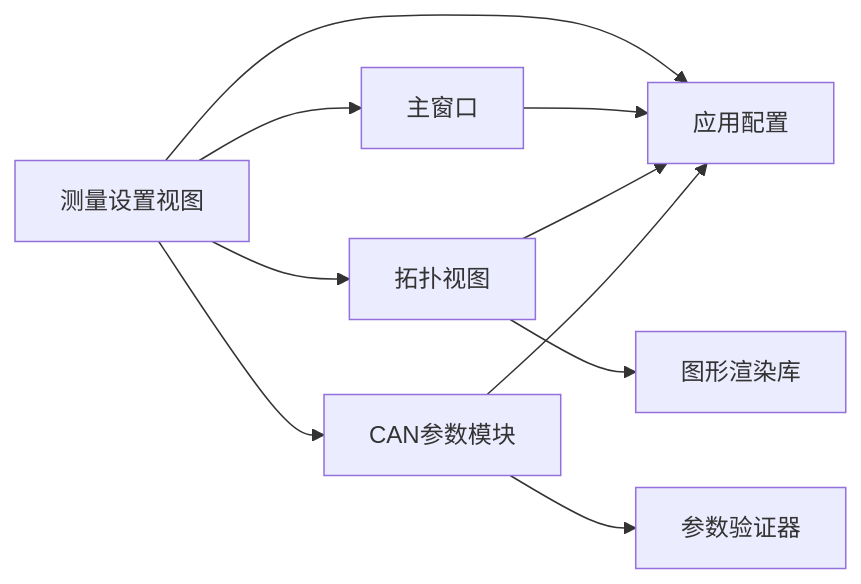
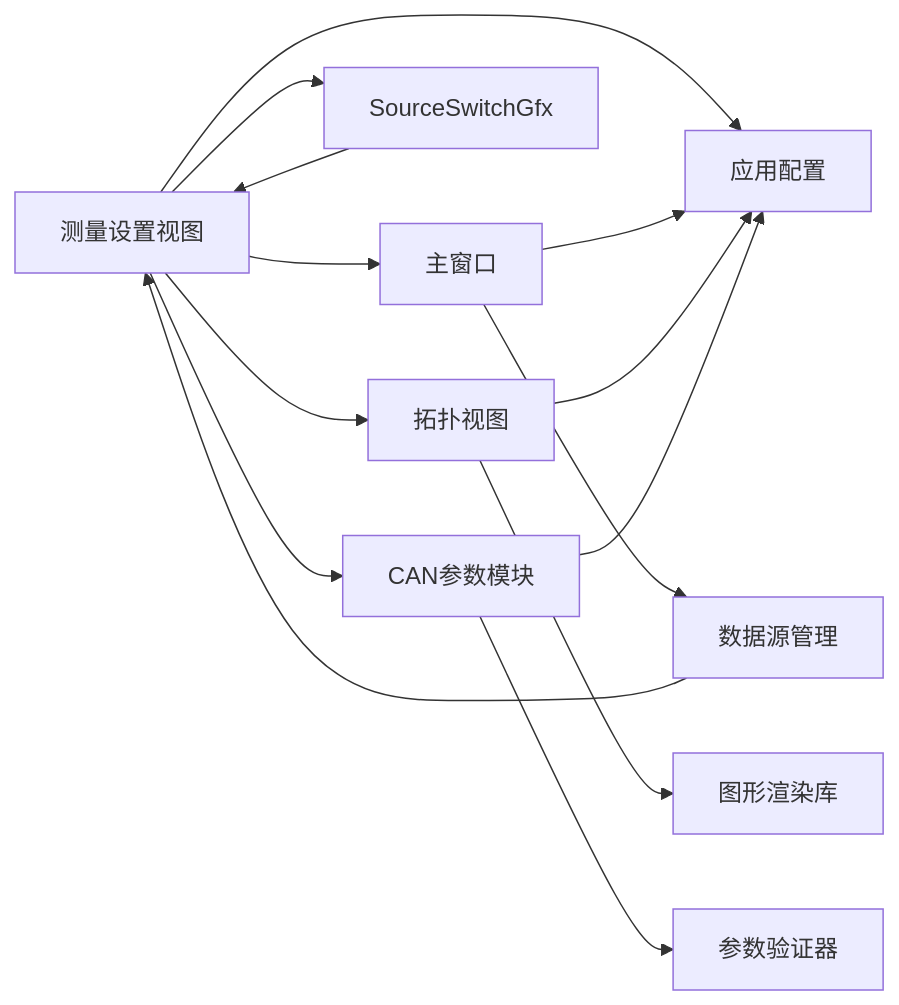
The ninth of 9 diagrams in .qoder/repowiki/zh/content/架构设计/UI系统设计/测量设置视图组件.md (jakecai1225-design/OpenBus), drawn with Mermaid before and after one commit. The commit also changed other lines of this file and 16 other files, not shown here.

````diff
--- a/.qoder/repowiki/zh/content/架构设计/UI系统设计/测量设置视图组件.md
+++ b/.qoder/repowiki/zh/content/架构设计/UI系统设计/测量设置视图组件.md
@@ -319,12 +462,16 @@
 ```mermaid
 graph LR
 MSV["测量设置视图"] --> MW["主窗口"]
 MSV --> AC["应用配置"]
+MSV --> SSG["SourceSwitchGfx"]
 MSV --> TV["拓扑视图"]
 MSV --> CAN["CAN参数模块"]
 MW --> AC
+MW --> DS["数据源管理"]
 TV --> AC
 TV --> GL["图形渲染库"]
+SSG --> MSV
 CAN --> AC
 CAN --> VLD["参数验证器"]
+DS --> MSV
 ```
````
